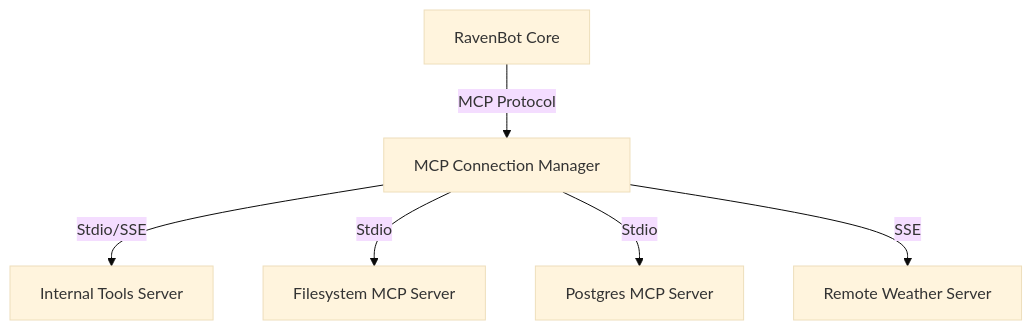
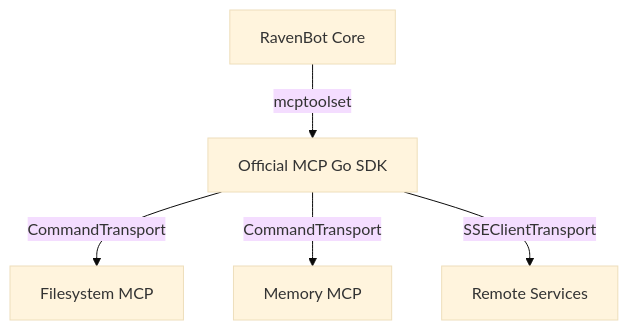
The diagram in docs/mcp_architecture.md (raythurman2386/ravenbot), drawn with Mermaid (base theme) before and after one commit. The commit also changed other lines of this file and 32 other files, not shown here.

````diff
--- a/docs/mcp_architecture.md
+++ b/docs/mcp_architecture.md
@@ -9,8 +9,7 @@
 ```mermaid
 graph TD
-    Bot[RavenBot Core] -->|MCP Protocol| Manager[MCP Connection Manager]
-    Manager -->|Stdio/SSE| S1[Internal Tools Server]
-    Manager -->|Stdio| S2[Filesystem MCP Server]
-    Manager -->|Stdio| S3[Postgres MCP Server]
-    Manager -->|SSE| S4[Remote Weather Server]
+    Bot[RavenBot Core] -->|mcptoolset| SDK[Official MCP Go SDK]
+    SDK -->|CommandTransport| S1[Filesystem MCP]
+    SDK -->|CommandTransport| S2[Memory MCP]
+    SDK -->|SSEClientTransport| S3[Remote Services]
 ```
````
